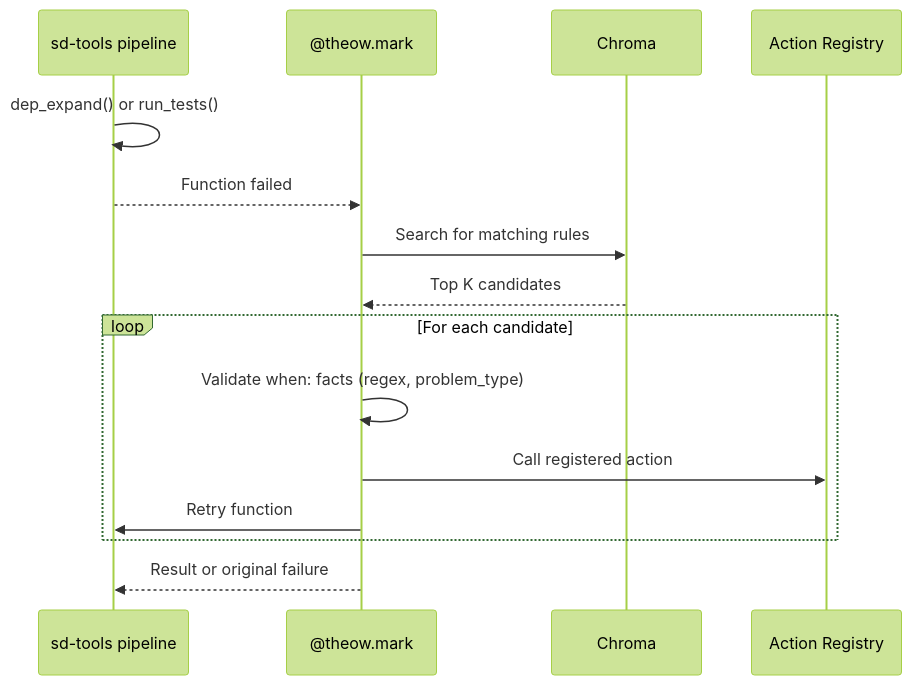
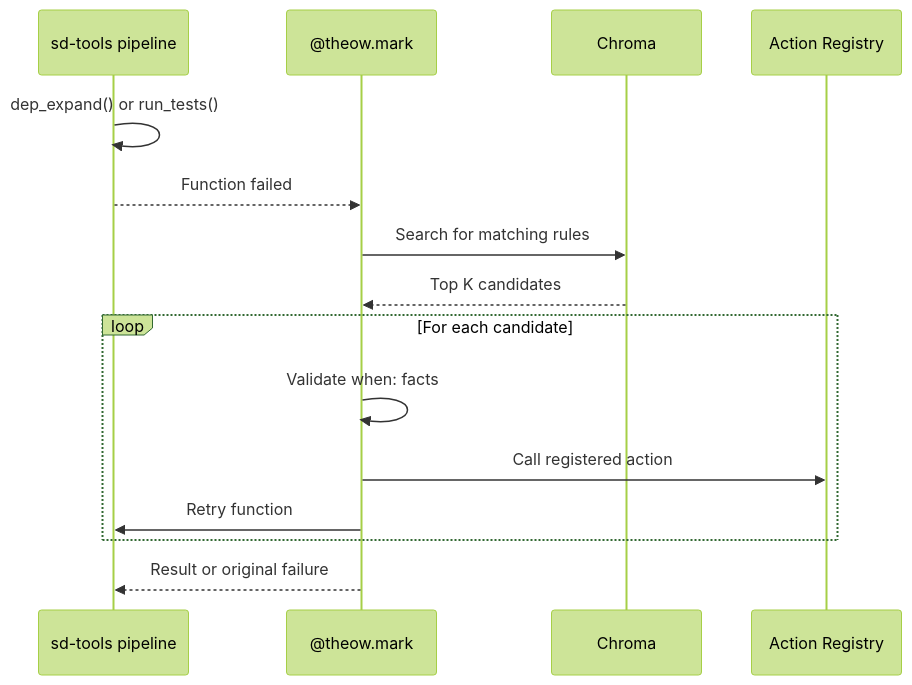
The first of 3 diagrams in spec/sdtools.md (adhityaravi/theow), drawn with Mermaid (forest theme) before and after one commit. The commit also changed other lines of this file and 1 other file, not shown here.

````diff
--- a/spec/sdtools.md
+++ b/spec/sdtools.md
@@ -32,21 +32,21 @@
 ```mermaid
 sequenceDiagram
     participant SD as sd-tools pipeline
     participant TH as @theow.mark
     participant CH as Chroma
     participant AR as Action Registry
 
     SD->>SD: dep_expand() or run_tests()
     SD-->>TH: Function failed
 
     TH->>CH: Search for matching rules
     CH-->>TH: Top K candidates
 
     loop For each candidate
-        TH->>TH: Validate when: facts (regex, problem_type)
+        TH->>TH: Validate when: facts
         TH->>AR: Call registered action
         TH->>SD: Retry function
     end
 
     TH-->>SD: Result or original failure
 ```
````
